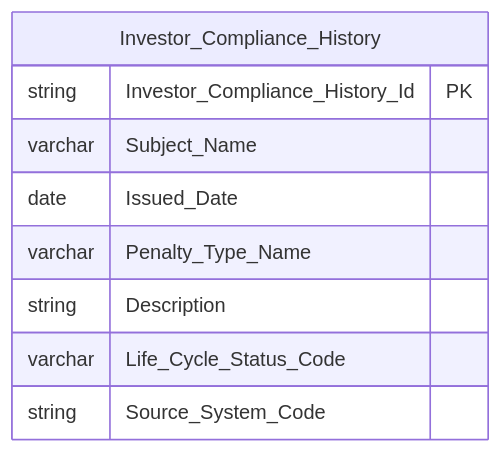
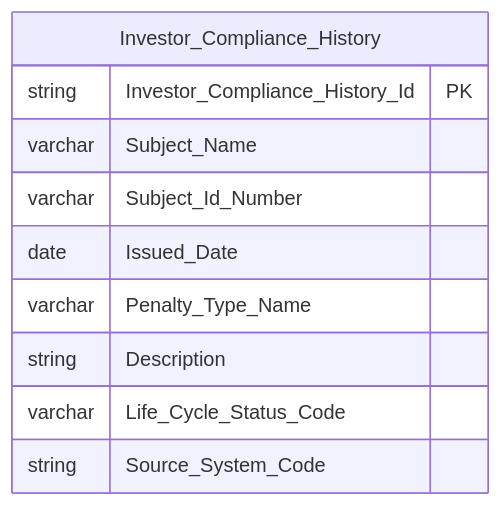
Before and after one commit to linhlvit/ubck_atomic_design: diagram 24 of 30 in Datamart/hld/DTM_NDTNN_HLD.md, drawn with Mermaid. The commit also changed other lines of this file and 11 other files, not shown here.

````diff
--- a/Datamart/hld/DTM_NDTNN_HLD.md
+++ b/Datamart/hld/DTM_NDTNN_HLD.md
@@ -1105,12 +1130,13 @@
 ```mermaid
 erDiagram
     Investor_Compliance_History {
         string Investor_Compliance_History_Id PK
         varchar Subject_Name
+        varchar Subject_Id_Number
         date Issued_Date
         varchar Penalty_Type_Name
         string Description
         varchar Life_Cycle_Status_Code
         string Source_System_Code
     }
 ```
````
